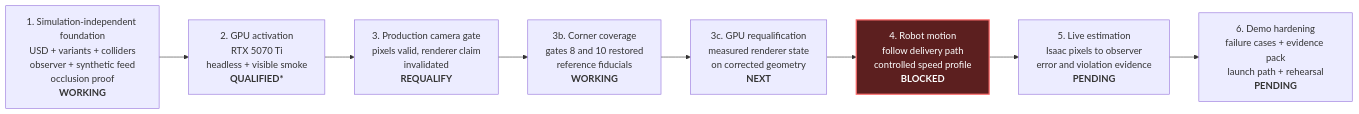
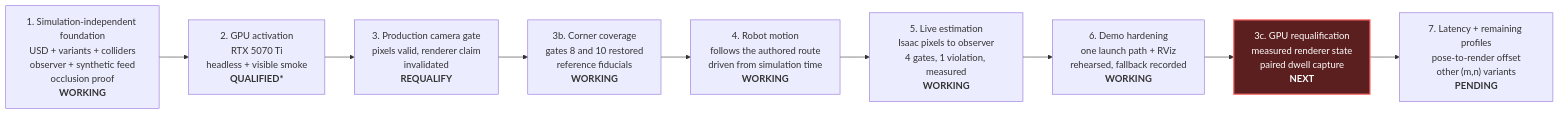
The first of 2 diagrams in docs/README.md (alexandergmzx/corridor-twin), drawn with Mermaid before and after one commit. The commit also changed other lines of this file and 8 other files, not shown here.

````diff
--- a/docs/README.md
+++ b/docs/README.md
@@ -32,16 +32,17 @@
 ```mermaid
 flowchart LR
     P1["1. Simulation-independent foundation<br/>USD + variants + colliders<br/>observer + synthetic feed<br/>occlusion proof<br/><b>WORKING</b>"]
     P2["2. GPU activation<br/>RTX 5070 Ti<br/>headless + visible smoke<br/><b>QUALIFIED*</b>"]
     P3["3. Production camera gate<br/>pixels valid, renderer claim<br/>invalidated<br/><b>REQUALIFY</b>"]
     P3b["3b. Corner coverage<br/>gates 8 and 10 restored<br/>reference fiducials<br/><b>WORKING</b>"]
-    P3c["3c. GPU requalification<br/>measured renderer state<br/>on corrected geometry<br/><b>NEXT</b>"]
-    P4["4. Robot motion<br/>follow delivery path<br/>controlled speed profile<br/><b>BLOCKED</b>"]
-    P5["5. Live estimation<br/>Isaac pixels to observer<br/>error and violation evidence<br/><b>PENDING</b>"]
-    P6["6. Demo hardening<br/>failure cases + evidence pack<br/>launch path + rehearsal<br/><b>PENDING</b>"]
+    P4["4. Robot motion<br/>follows the authored route<br/>driven from simulation time<br/><b>WORKING</b>"]
+    P5["5. Live estimation<br/>Isaac pixels to observer<br/>4 gates, 1 violation, measured<br/><b>WORKING</b>"]
+    P6["6. Demo hardening<br/>one launch path + RViz<br/>rehearsed, fallback recorded<br/><b>WORKING</b>"]
+    P3c["3c. GPU requalification<br/>measured renderer state<br/>paired dwell capture<br/><b>NEXT</b>"]
+    P7["7. Latency + remaining profiles<br/>pose-to-render offset<br/>other (m,n) variants<br/><b>PENDING</b>"]
 
-    P1 --> P2 --> P3 --> P3b --> P3c --> P4 --> P5 --> P6
+    P1 --> P2 --> P3 --> P3b --> P4 --> P5 --> P6 --> P3c --> P7
 
     classDef blocked fill:#5c1f1f,color:#ffffff,stroke:#ff6b6b,stroke-width:2px;
-    class P4 blocked;
+    class P3c blocked;
 ```
````
